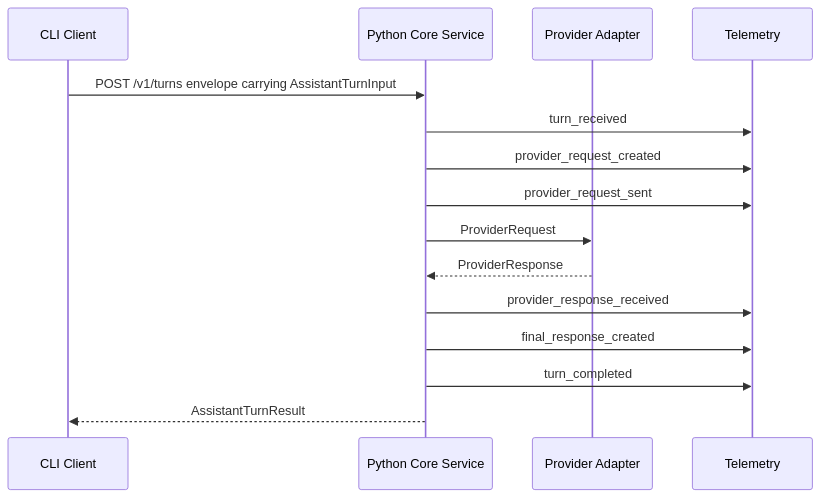
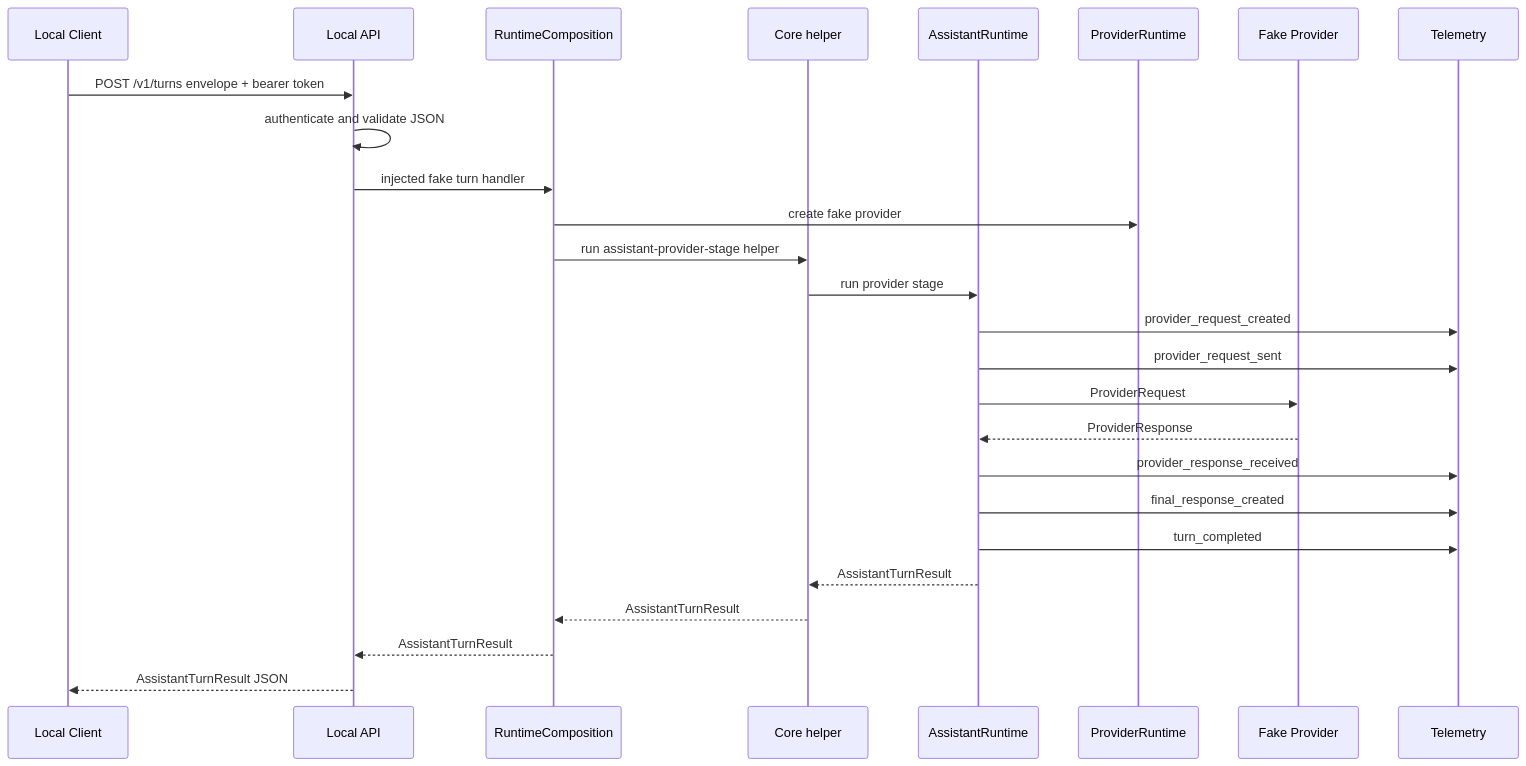
One commit to xRetr00/Marvex changed the diagram in docs/diagrams/v1-process-map.md. Above: the diagram before and after it, drawn with Mermaid. The commit also changed other lines of this file and 12 other files, not shown here.

Commit message:
docs: decide local api trace exposure

````diff
--- a/docs/diagrams/v1-process-map.md
+++ b/docs/diagrams/v1-process-map.md
@@ -3,18 +3,29 @@
 ```mermaid
 sequenceDiagram
-  participant CLI as CLI Client
-  participant Core as Python Core Service
-  participant Provider as Provider Adapter
+  participant Client as Local Client
+  participant API as Local API
+  participant RuntimeComposition as RuntimeComposition
+  participant Core as Core helper
+  participant AssistantRuntime as AssistantRuntime
+  participant ProviderRuntime as ProviderRuntime
+  participant Provider as Fake Provider
   participant Telemetry as Telemetry
 
-  CLI->>Core: POST /v1/turns envelope carrying AssistantTurnInput
-  Core->>Telemetry: turn_received
-  Core->>Telemetry: provider_request_created
-  Core->>Telemetry: provider_request_sent
-  Core->>Provider: ProviderRequest
-  Provider-->>Core: ProviderResponse
-  Core->>Telemetry: provider_response_received
-  Core->>Telemetry: final_response_created
-  Core->>Telemetry: turn_completed
-  Core-->>CLI: AssistantTurnResult
+  Client->>API: POST /v1/turns envelope + bearer token
+  API->>API: authenticate and validate JSON
+  API->>RuntimeComposition: injected fake turn handler
+  RuntimeComposition->>ProviderRuntime: create fake provider
+  RuntimeComposition->>Core: run assistant-provider-stage helper
+  Core->>AssistantRuntime: run provider stage
+  AssistantRuntime->>Telemetry: provider_request_created
+  AssistantRuntime->>Telemetry: provider_request_sent
+  AssistantRuntime->>Provider: ProviderRequest
+  Provider-->>AssistantRuntime: ProviderResponse
+  AssistantRuntime->>Telemetry: provider_response_received
+  AssistantRuntime->>Telemetry: final_response_created
+  AssistantRuntime->>Telemetry: turn_completed
+  AssistantRuntime-->>Core: AssistantTurnResult
+  Core-->>RuntimeComposition: AssistantTurnResult
+  RuntimeComposition-->>API: AssistantTurnResult
+  API-->>Client: AssistantTurnResult JSON
 ```
````
